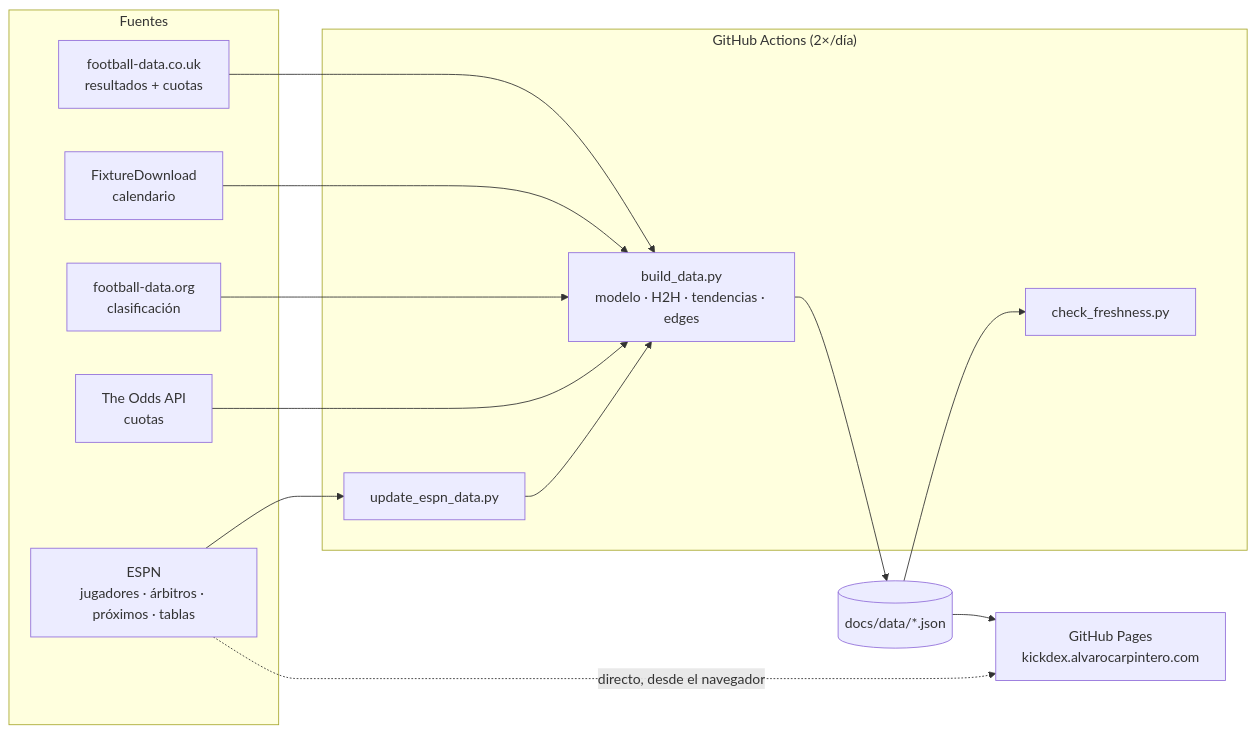
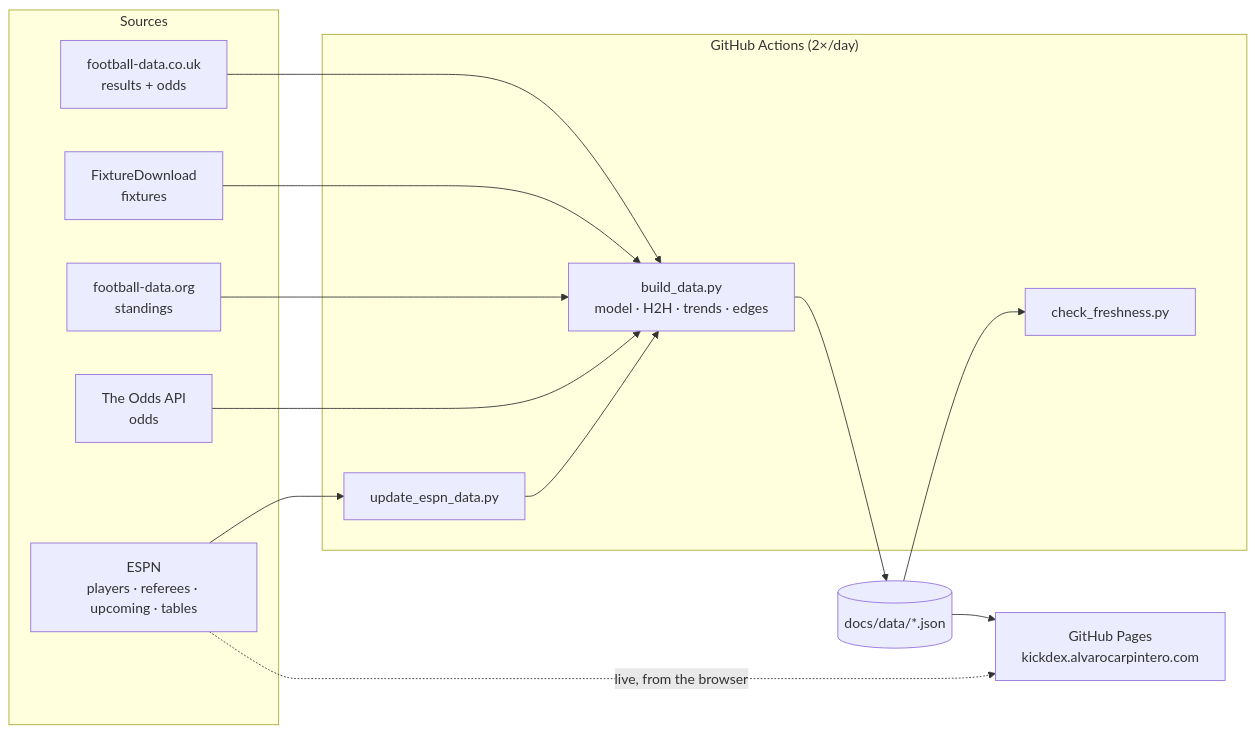
Before and after one commit to alvaarocl/kickdex: the diagram in README.md, drawn with Mermaid. The commit also changed other lines of this file, not shown here.

````diff
--- a/README.md
+++ b/README.md
@@ -132,21 +134,21 @@
 ```mermaid
 flowchart LR
-    subgraph Fuentes
-        FD[football-data.co.uk<br/>resultados + cuotas]
-        FX[FixtureDownload<br/>calendario]
-        ESPN[ESPN<br/>jugadores · árbitros · próximos · tablas]
-        FDO[football-data.org<br/>clasificación]
-        ODDS[The Odds API<br/>cuotas]
+    subgraph Sources
+        FD[football-data.co.uk<br/>results + odds]
+        FX[FixtureDownload<br/>fixtures]
+        ESPN[ESPN<br/>players · referees · upcoming · tables]
+        FDO[football-data.org<br/>standings]
+        ODDS[The Odds API<br/>odds]
     end
-    subgraph "GitHub Actions (2×/día)"
+    subgraph "GitHub Actions (2×/day)"
         SYNC[update_espn_data.py]
-        BUILD[build_data.py<br/>modelo · H2H · tendencias · edges]
+        BUILD[build_data.py<br/>model · H2H · trends · edges]
         WATCH[check_freshness.py]
     end
     FD & FX & FDO & ODDS --> BUILD
     ESPN --> SYNC --> BUILD
     BUILD --> JSON[(docs/data/*.json)]
     JSON --> WATCH
     JSON --> PAGES[GitHub Pages<br/>kickdex.alvarocarpintero.com]
-    ESPN -. directo, desde el navegador .-> PAGES
+    ESPN -. live, from the browser .-> PAGES
 ```
````
